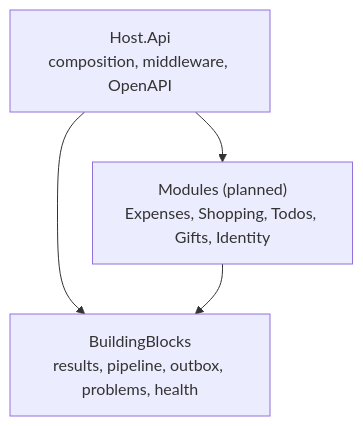
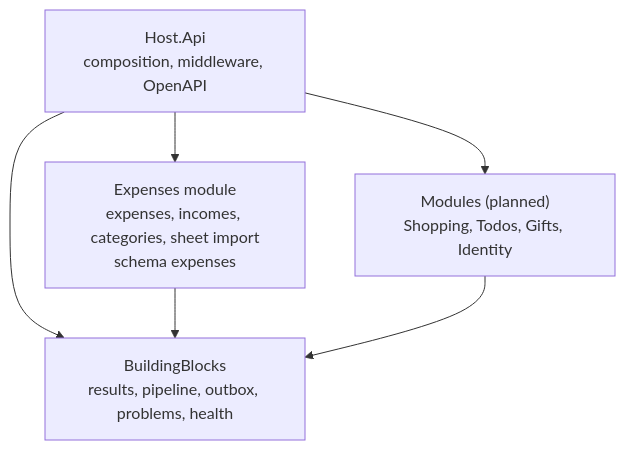
One commit to Weretik/home-app changed the third of 3 diagrams in api/docs/architecture/c4.md. Above: the diagram before and after it, drawn with Mermaid. The commit also changed other lines of this file and 79 other files, not shown here.

First line of the commit message:
Add the Expenses module with the one-time sheet import

````diff
--- a/api/docs/architecture/c4.md
+++ b/api/docs/architecture/c4.md
@@ -36,10 +42,13 @@
 ```mermaid
 flowchart TB
     host["Host.Api<br/>composition, middleware, OpenAPI"]
     blocks["BuildingBlocks<br/>results, pipeline, outbox, problems, health"]
-    modules["Modules (planned)<br/>Expenses, Shopping, Todos, Gifts, Identity"]
+    expenses["Expenses module<br/>expenses, incomes, categories, sheet import<br/>schema expenses"]
+    planned["Modules (planned)<br/>Shopping, Todos, Gifts, Identity"]
 
     host --> blocks
-    host --> modules
-    modules --> blocks
+    host --> expenses
+    host --> planned
+    expenses --> blocks
+    planned --> blocks
 ```
````
